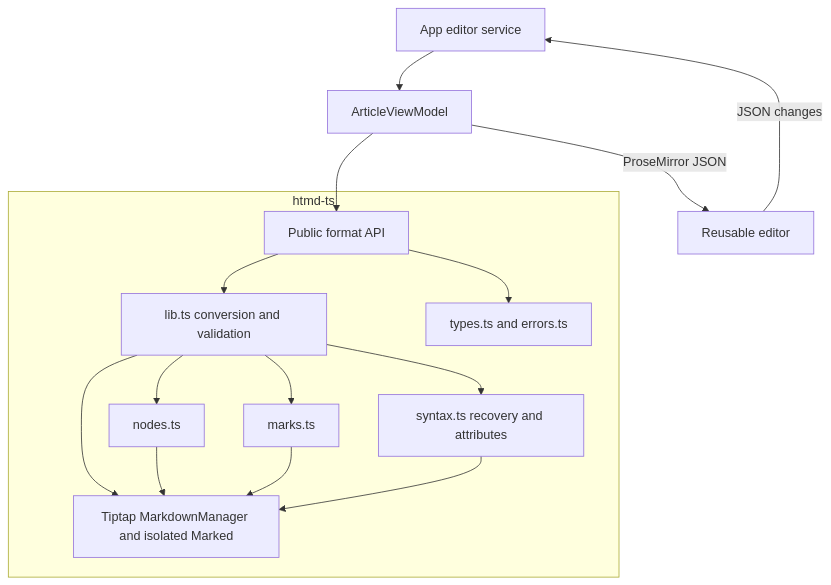
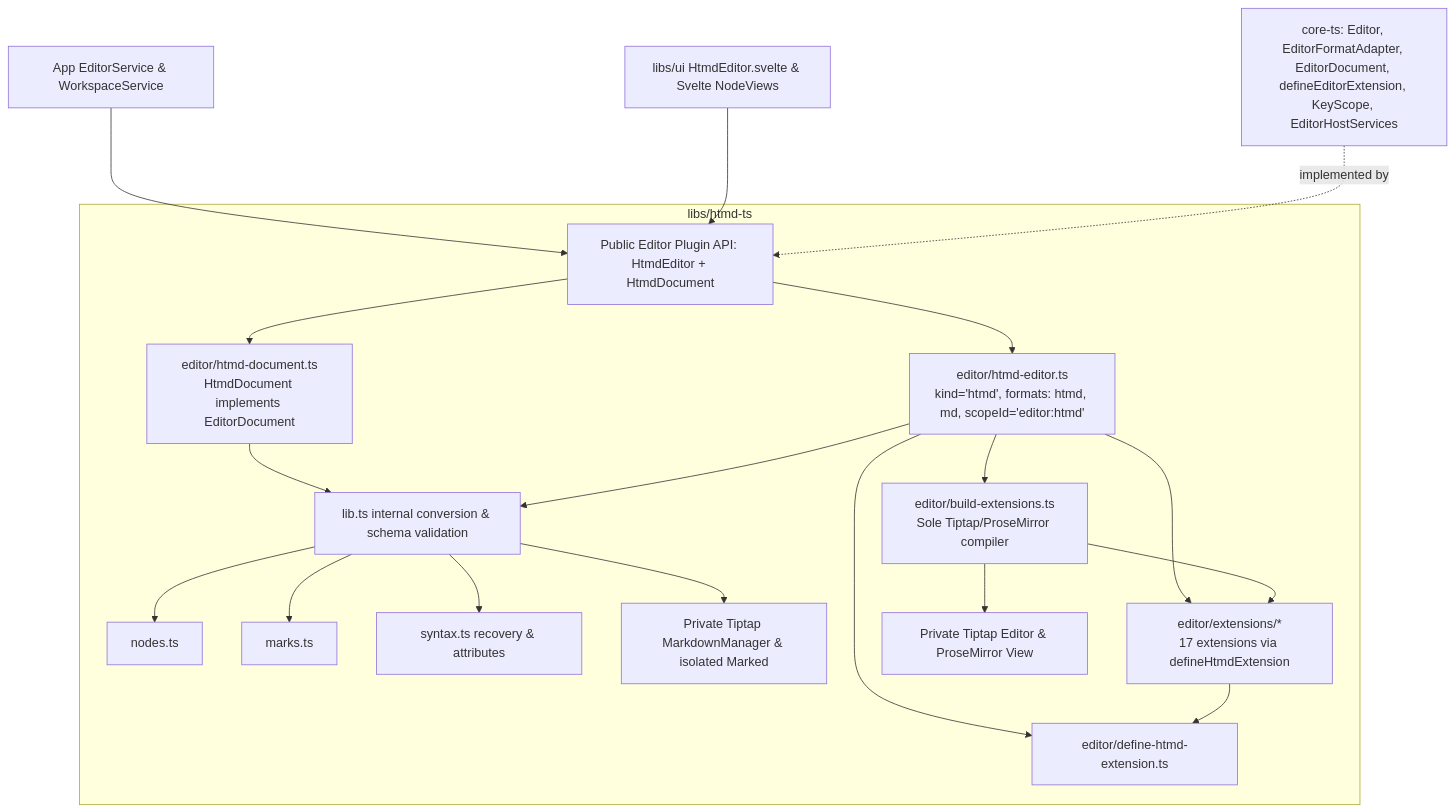
Before and after one commit to hypertextual/hypertextual: the first of 2 diagrams in docs/architecture/htmd-ts.md, drawn with Mermaid. The commit also changed other lines of this file and 111 other files, not shown here.

Commit message:
refactor(ui): unify EditorExtension system and Svelte component keybindings under HotkeyService

````diff
--- a/docs/architecture/htmd-ts.md
+++ b/docs/architecture/htmd-ts.md
@@ -32,18 +31,24 @@
 ```mermaid
 flowchart TD
-    App[App editor service] --> Model[ArticleViewModel]
-    Model --> API[Public format API]
-    subgraph Format[htmd-ts]
-        API --> Core[lib.ts conversion and validation]
-        Core --> Nodes[nodes.ts]
-        Core --> Marks[marks.ts]
-        Core --> Syntax[syntax.ts recovery and attributes]
-        Core --> Engine[Tiptap MarkdownManager and isolated Marked]
-        Nodes --> Engine
-        Marks --> Engine
-        Syntax --> Engine
-        API --> Contracts[types.ts and errors.ts]
+    App["App EditorService & WorkspaceService"] --> EditorAPI["Public Editor Plugin API: HtmdEditor + HtmdDocument"]
+    UI["libs/ui HtmdEditor.svelte & Svelte NodeViews"] --> EditorAPI
+    CoreTS["core-ts: Editor, EditorFormatAdapter, EditorDocument, defineEditorExtension, KeyScope, EditorHostServices"] -.->|"implemented by"| EditorAPI
+
+    subgraph HTMD["libs/htmd-ts"]
+        EditorAPI --> HE["editor/htmd-editor.ts<br/>kind='htmd', formats: htmd, md, scopeId='editor:htmd'"]
+        EditorAPI --> HD["editor/htmd-document.ts<br/>HtmdDocument implements EditorDocument"]
+        HD --> Core["lib.ts internal conversion & schema validation"]
+        HE --> Core
+        Core --> Nodes["nodes.ts"]
+        Core --> Marks["marks.ts"]
+        Core --> Syntax["syntax.ts recovery & attributes"]
+        Core --> MdEngine["Private Tiptap MarkdownManager & isolated Marked"]
+
+        HE --> DEF["editor/define-htmd-extension.ts"]
+        HE --> EXT["editor/extensions/*<br/>17 extensions via defineHtmdExtension"]
+        HE --> BE["editor/build-extensions.ts<br/>Sole Tiptap/ProseMirror compiler"]
+        EXT --> DEF
+        BE --> EXT
+        BE --> PmEngine["Private Tiptap Editor & ProseMirror View"]
     end
-    Model -->|ProseMirror JSON| Editor[Reusable editor]
-    Editor -->|JSON changes| App
 ```
````
